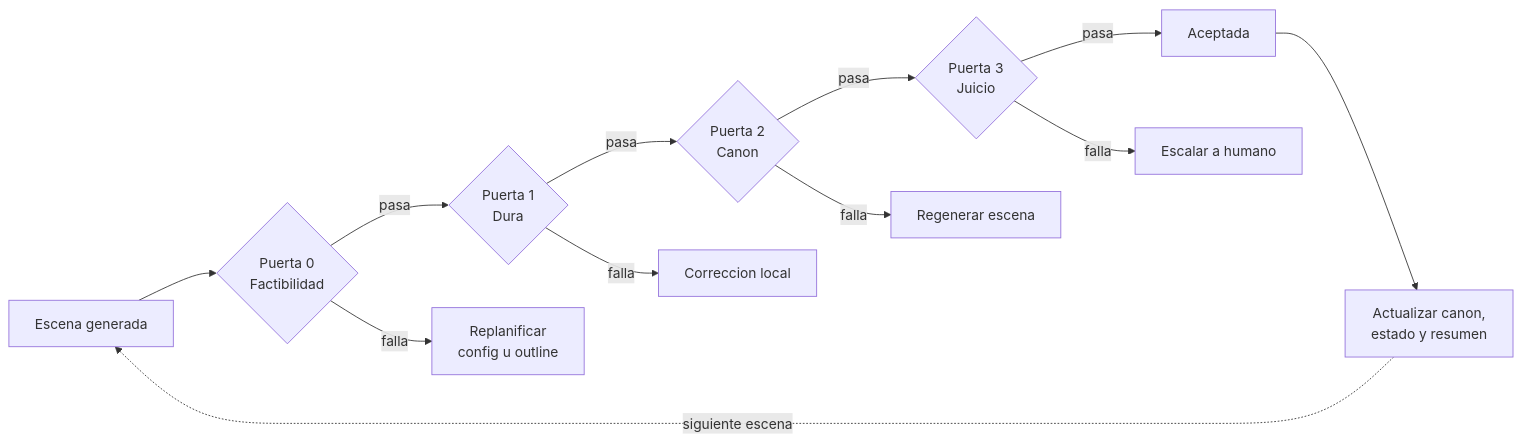
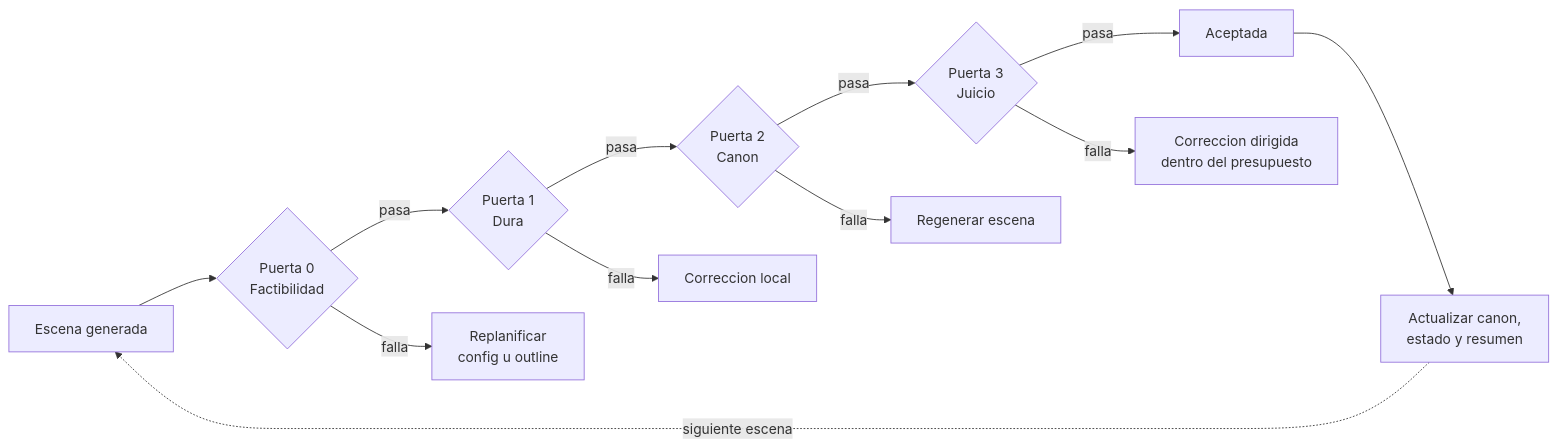
One commit to JNico-rb/story-maker changed the third of 9 diagrams in docs/architecture.md. Above: the diagram before and after it, drawn with Mermaid. The commit also changed other lines of this file and 7 other files, not shown here.

````diff
--- a/docs/architecture.md
+++ b/docs/architecture.md
@@ -124,18 +124,18 @@
 ```mermaid
 graph LR
     IN[Escena generada] --> P0{Puerta 0<br/>Factibilidad}
     P0 -->|pasa| P1{Puerta 1<br/>Dura}
     P0 -->|falla| REP[Replanificar<br/>config u outline]
 
     P1 -->|pasa| P2{Puerta 2<br/>Canon}
     P1 -->|falla| COR[Correccion local]
 
     P2 -->|pasa| P3{Puerta 3<br/>Juicio}
     P2 -->|falla| REG[Regenerar escena]
 
     P3 -->|pasa| ACE[Aceptada]
-    P3 -->|falla| ESC[Escalar a humano]
+    P3 -->|falla| ESC[Correccion dirigida<br/>dentro del presupuesto]
 
     ACE --> UPD[Actualizar canon,<br/>estado y resumen]
     UPD -.siguiente escena.-> IN
 ```
````
